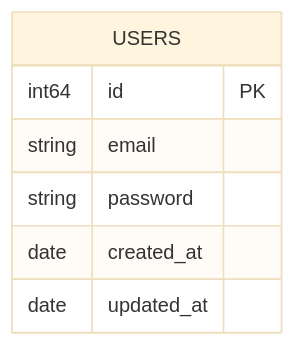
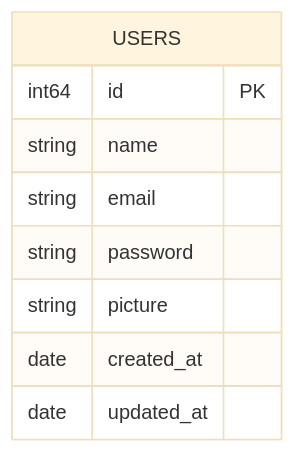
The diagram in README.md (bildanjhry/koda-b8-backend2), drawn with Mermaid (base theme) before and after one commit. The commit also changed other lines of this file and 2 other files, not shown here.

````diff
--- a/README.md
+++ b/README.md
@@ -24,11 +24,13 @@
 ```mermaid
 erDiagram
     USERS {
         int64 id PK
+        string name
         string email
         string password
+        string picture
         date created_at
         date updated_at
     }
 
 ```
````
